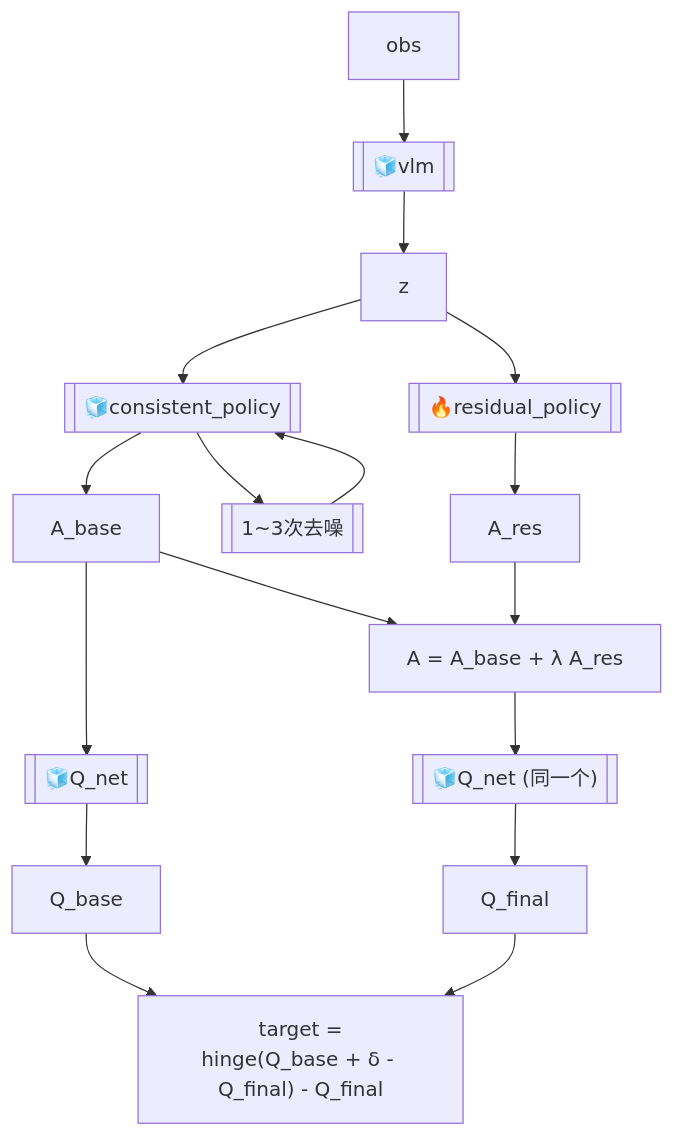
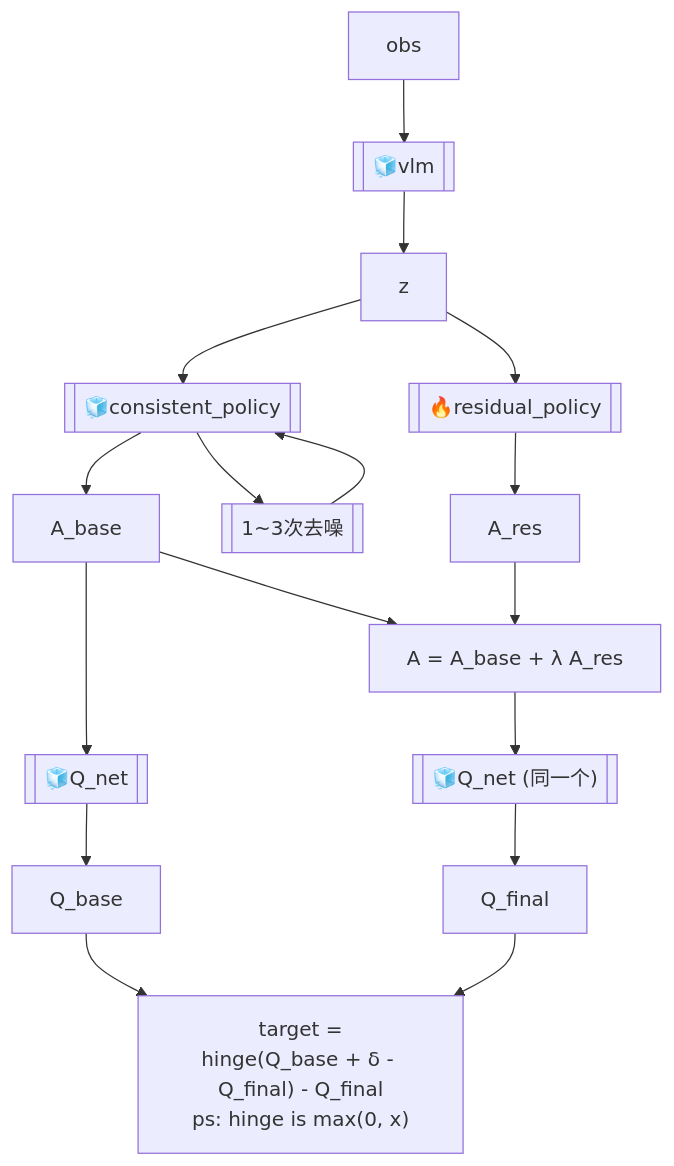
One commit to julyfun/how-to changed the third of 4 diagrams in papers/papers-batch-2.md. Above: the diagram before and after it, drawn with Mermaid. The commit also changed 2 other files, not shown here.

Commit message:
M papers/papers-batch-2.md | M 技术学习/285/285-hw3-dual-gradient-descent.md | M 技术学习/285/285-hw3.md

````diff
--- a/papers/papers-batch-2.md
+++ b/papers/papers-batch-2.md
@@ -200,9 +200,9 @@
 ```mermaid
 flowchart TD
     obs --> vlm[[🧊vlm]] --> z
     z --> policy[[🧊consistent_policy]] --> A_base --> Q1[[🧊Q_net]] --> Q_base --> target
     z --> residual[[🔥residual_policy]] --> A_res --> A_final["A = A_base + λ A_res"] --> Q2[["🧊Q_net (同一个)"]] --> Q_final --> target
     policy --> v[[1~3次去噪]] -->policy
     A_base --> A_final
-    target["target =<br>hinge(Q_base + δ - Q_final) - Q_final<br>"]
+    target["target =<br>hinge(Q_base + δ - Q_final) - Q_final<br>ps: hinge is max(0, x)"]
 ```
````
